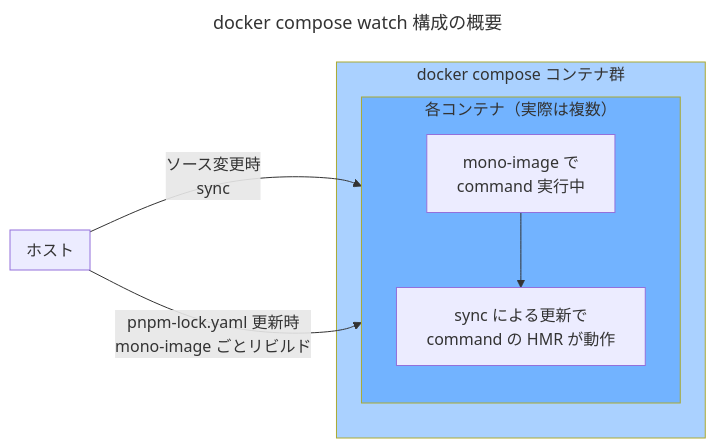
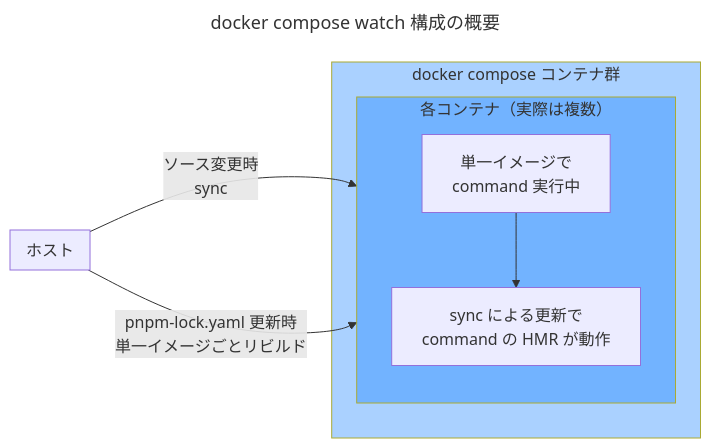
The second of 2 diagrams in articles/pnpm-monorepo-docker-compose-watch.md (Daiius/zenn-articles), drawn with Mermaid before and after one commit. The commit also changed other lines of this file and 6 other files, not shown here.

````diff
--- a/articles/pnpm-monorepo-docker-compose-watch.md
+++ b/articles/pnpm-monorepo-docker-compose-watch.md
@@ -191,24 +228,24 @@
 ```mermaid
 ---
 title: docker compose watch 構成の概要
 ---
 flowchart LR
   subgraph host["ホスト"]
   end
   subgraph compose["docker compose コンテナ群"]
     subgraph fe["各コンテナ（実際は複数）"]
       direction TB
-      s0["mono-image で<br>command 実行中"]
+      s0["単一イメージで<br>command 実行中"]
       s1["sync による更新で<br>command の HMR が動作"]
     end
   end
 
   host -- "ソース変更時<br>sync" --> fe
 
-  host -- "pnpm-lock.yaml 更新時<br>mono-image ごとリビルド" --> fe
+  host -- "pnpm-lock.yaml 更新時<br>単一イメージごとリビルド" --> fe
 
   s0 --> s1
   
   style compose fill:#0077ff55
   style fe fill:#0077ff55
 ```
````
